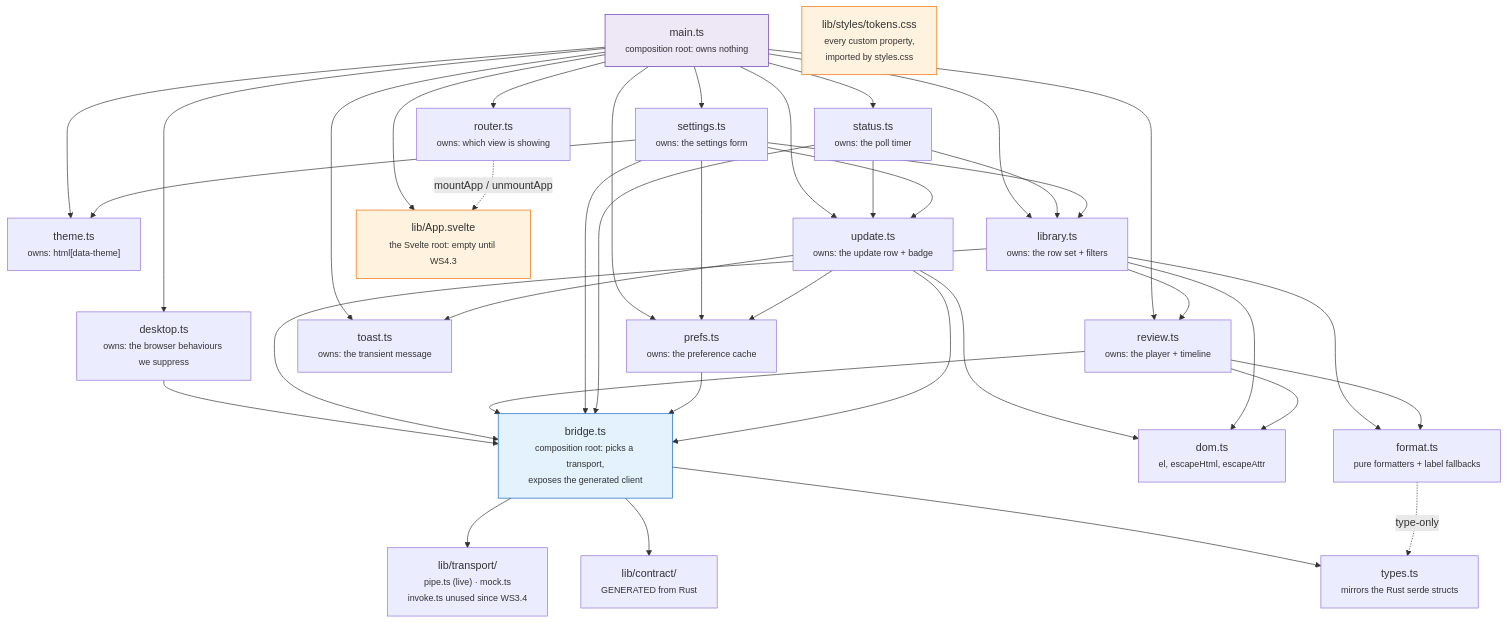
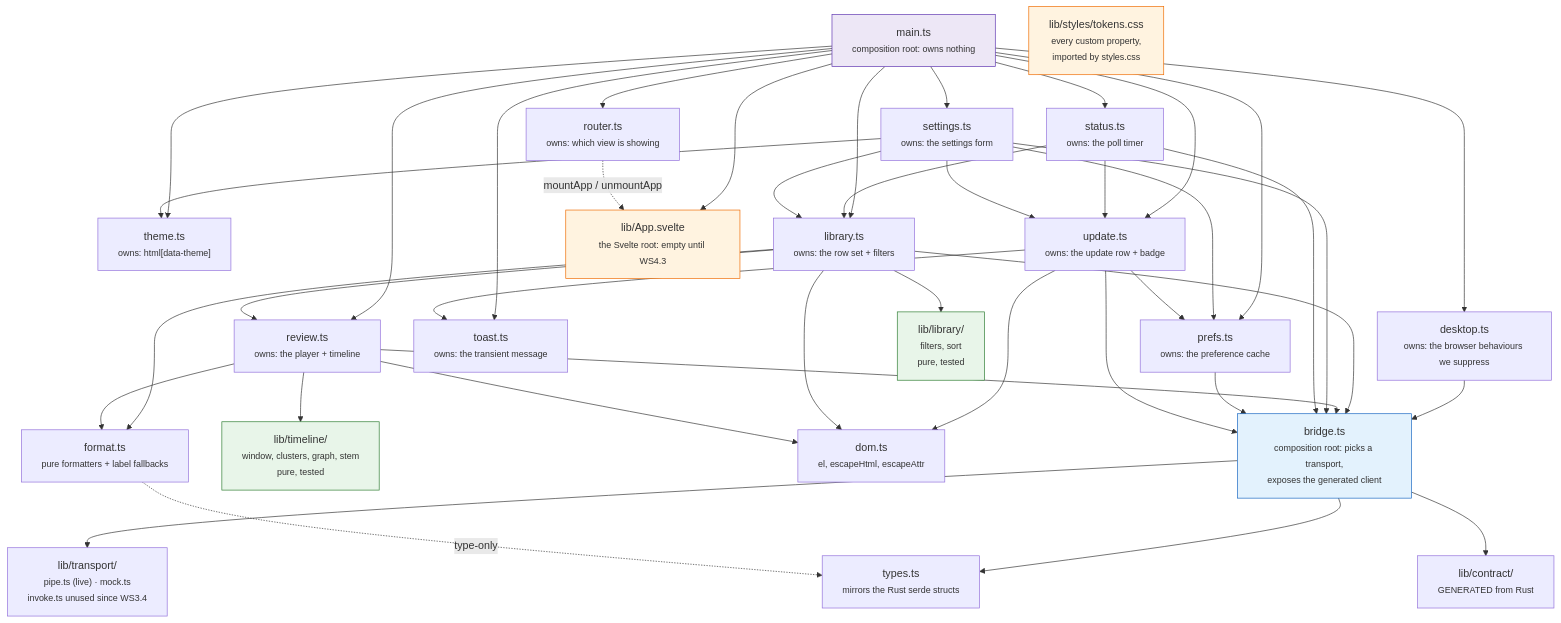
The first of 4 diagrams in docs/frontend.md (NinjaGoldfinch/ninja-recorder), drawn with Mermaid before and after one commit. The commit also changed other lines of this file and 21 other files, not shown here.

First line of the commit message:
refactor(ui): the pure logic comes out of review.ts and library.ts

````diff
--- a/docs/frontend.md
+++ b/docs/frontend.md
@@ -18,64 +18,70 @@
 ```mermaid
 flowchart TB
     MAIN["main.ts<br/><small>composition root: owns nothing</small>"]
     ROUTER["router.ts<br/><small>owns: which view is showing</small>"]
     THEME["theme.ts<br/><small>owns: html[data-theme]</small>"]
     PREFS["prefs.ts<br/><small>owns: the preference cache</small>"]
     STATUS["status.ts<br/><small>owns: the poll timer</small>"]
     LIB["library.ts<br/><small>owns: the row set + filters</small>"]
     REVIEW["review.ts<br/><small>owns: the player + timeline</small>"]
     SETTINGS["settings.ts<br/><small>owns: the settings form</small>"]
     TOAST["toast.ts<br/><small>owns: the transient message</small>"]
     UPDATE["update.ts<br/><small>owns: the update row + badge</small>"]
     DESK["desktop.ts<br/><small>owns: the browser behaviours we suppress</small>"]
     BRIDGE["bridge.ts<br/><small>composition root: picks a transport,<br/>exposes the generated client</small>"]
     TRANSPORT["lib/transport/<br/><small>pipe.ts (live) · mock.ts<br/>invoke.ts unused since WS3.4</small>"]
     CONTRACT["lib/contract/<br/><small>GENERATED from Rust</small>"]
     BRIDGE --> TRANSPORT
     BRIDGE --> CONTRACT
     APP["lib/App.svelte<br/><small>the Svelte root: empty until WS4.3</small>"]
     TOKENS["lib/styles/tokens.css<br/><small>every custom property,<br/>imported by styles.css</small>"]
+    TL["lib/timeline/<br/><small>window, clusters, graph, stem<br/>pure, tested</small>"]
+    LIBP["lib/library/<br/><small>filters, sort<br/>pure, tested</small>"]
     DOM["dom.ts<br/><small>el, escapeHtml, escapeAttr</small>"]
     FMT["format.ts<br/><small>pure formatters + label fallbacks</small>"]
     TYPES["types.ts<br/><small>mirrors the Rust serde structs</small>"]
 
     MAIN --> ROUTER
     MAIN --> APP
     ROUTER -.->|"mountApp / unmountApp"| APP
     MAIN --> THEME
     MAIN --> PREFS
     MAIN --> STATUS
     MAIN --> LIB
     MAIN --> REVIEW
     MAIN --> SETTINGS
     MAIN --> TOAST
     MAIN --> UPDATE
     MAIN --> DESK
     DESK --> BRIDGE
     STATUS --> LIB
     STATUS --> UPDATE
     SETTINGS --> LIB
     SETTINGS --> THEME
     SETTINGS --> PREFS
     LIB --> REVIEW
     LIB --> BRIDGE
     REVIEW --> BRIDGE
     SETTINGS --> BRIDGE
     STATUS --> BRIDGE
     PREFS --> BRIDGE
     UPDATE --> BRIDGE
     UPDATE --> TOAST
     UPDATE --> DOM
     UPDATE --> PREFS
     SETTINGS --> UPDATE
+    LIB --> LIBP
+    REVIEW --> TL
     LIB --> FMT
     REVIEW --> FMT
     LIB --> DOM
     REVIEW --> DOM
     BRIDGE --> TYPES
     FMT -.->|"type-only"| TYPES
     style MAIN fill:#ede7f6,stroke:#5e35b1
     style BRIDGE fill:#e3f2fd,stroke:#1565c0
     style APP fill:#fff3e0,stroke:#ef6c00
     style TOKENS fill:#fff3e0,stroke:#ef6c00
+    style TL fill:#e8f5e9,stroke:#2e7d32
+    style LIBP fill:#e8f5e9,stroke:#2e7d32
 ```
````
